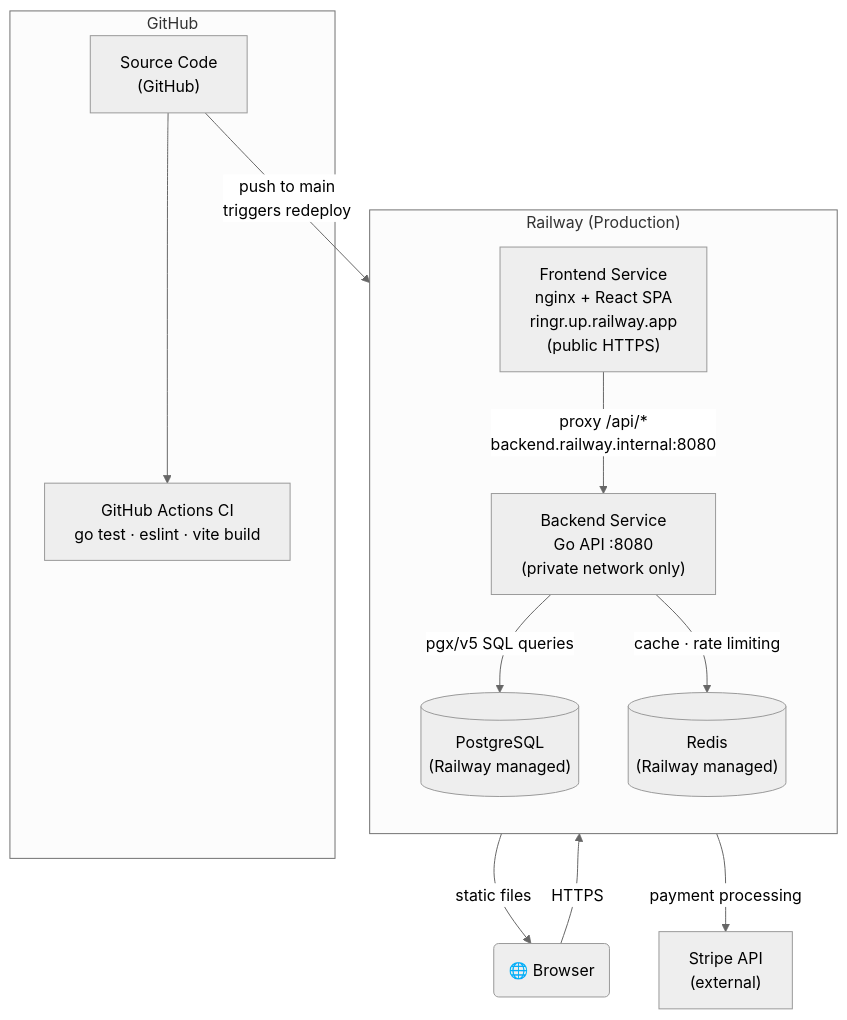
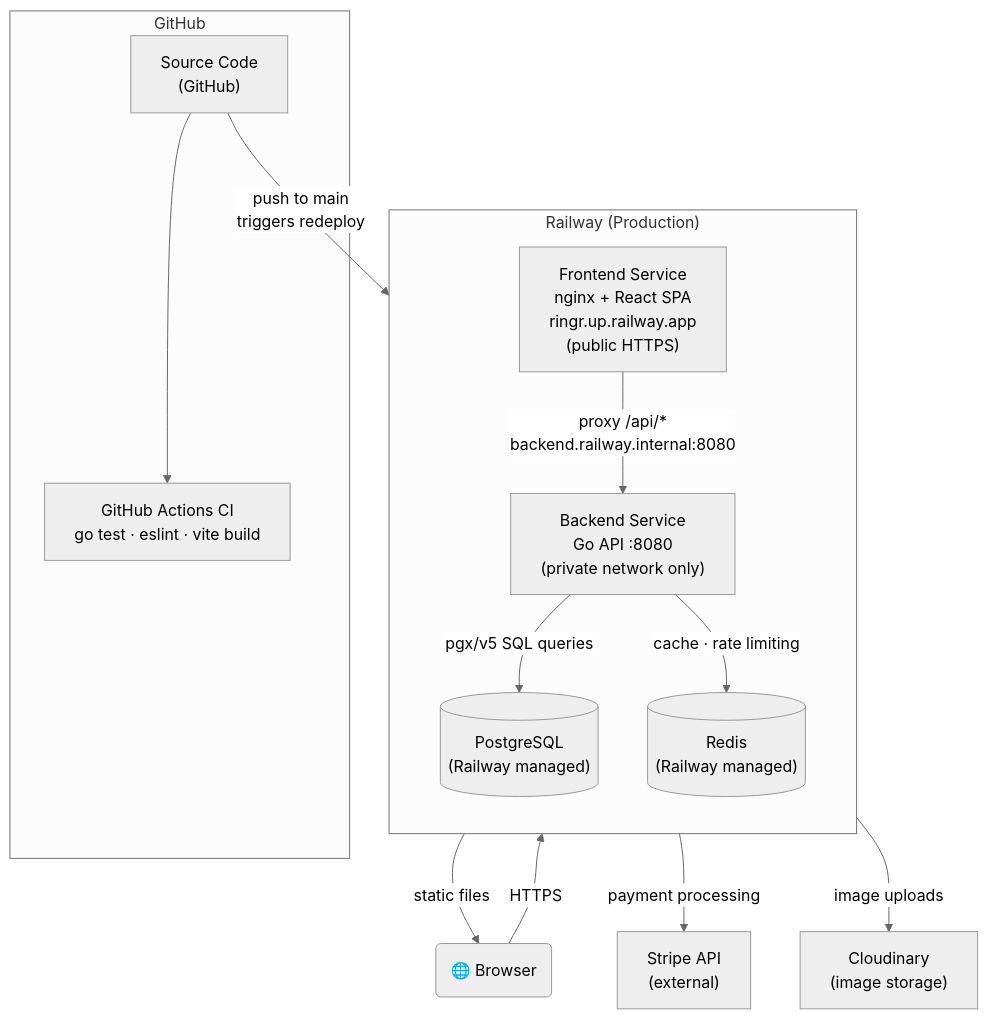
One commit to Kineth-t/CS464-g1t10-project changed the first of 3 diagrams in README.md. Above: the diagram before and after it, drawn with Mermaid (neutral theme). The commit also changed other lines of this file and 4 other files, not shown here.

````diff
--- a/README.md
+++ b/README.md
@@ -43,28 +46,30 @@
 ```mermaid
 graph TD
     Browser("🌐 Browser")
 
     subgraph GitHub
         Repo["Source Code\n(GitHub)"]
         CI["GitHub Actions CI\ngo test · eslint · vite build"]
     end
 
     subgraph Railway["Railway (Production)"]
         direction TB
         FE["Frontend Service\nnginx + React SPA\nringr.up.railway.app\n(public HTTPS)"]
         BE["Backend Service\nGo API :8080\n(private network only)"]
         PG[("PostgreSQL\n(Railway managed)")]
         RD[("Redis\n(Railway managed)")]
     end
 
     Stripe["Stripe API\n(external)"]
+    Cloudinary["Cloudinary\n(image storage)"]
 
     Browser -- "HTTPS" --> FE
     FE -- "static files" --> Browser
     FE -- "proxy /api/*\nbackend.railway.internal:8080" --> BE
     BE -- "pgx/v5 SQL queries" --> PG
     BE -- "cache · rate limiting" --> RD
     BE -- "payment processing" --> Stripe
+    BE -- "image uploads" --> Cloudinary
     Repo -- "push to main\ntriggers redeploy" --> Railway
     Repo --> CI
 ```
````
